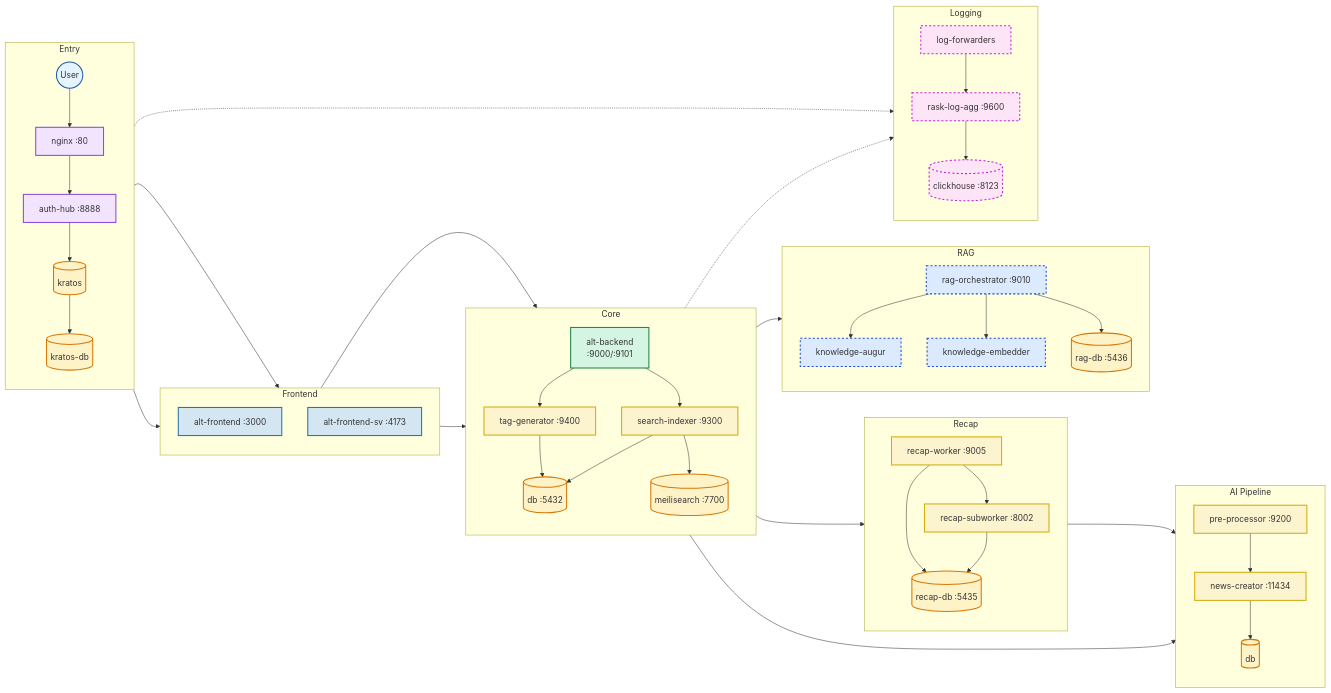
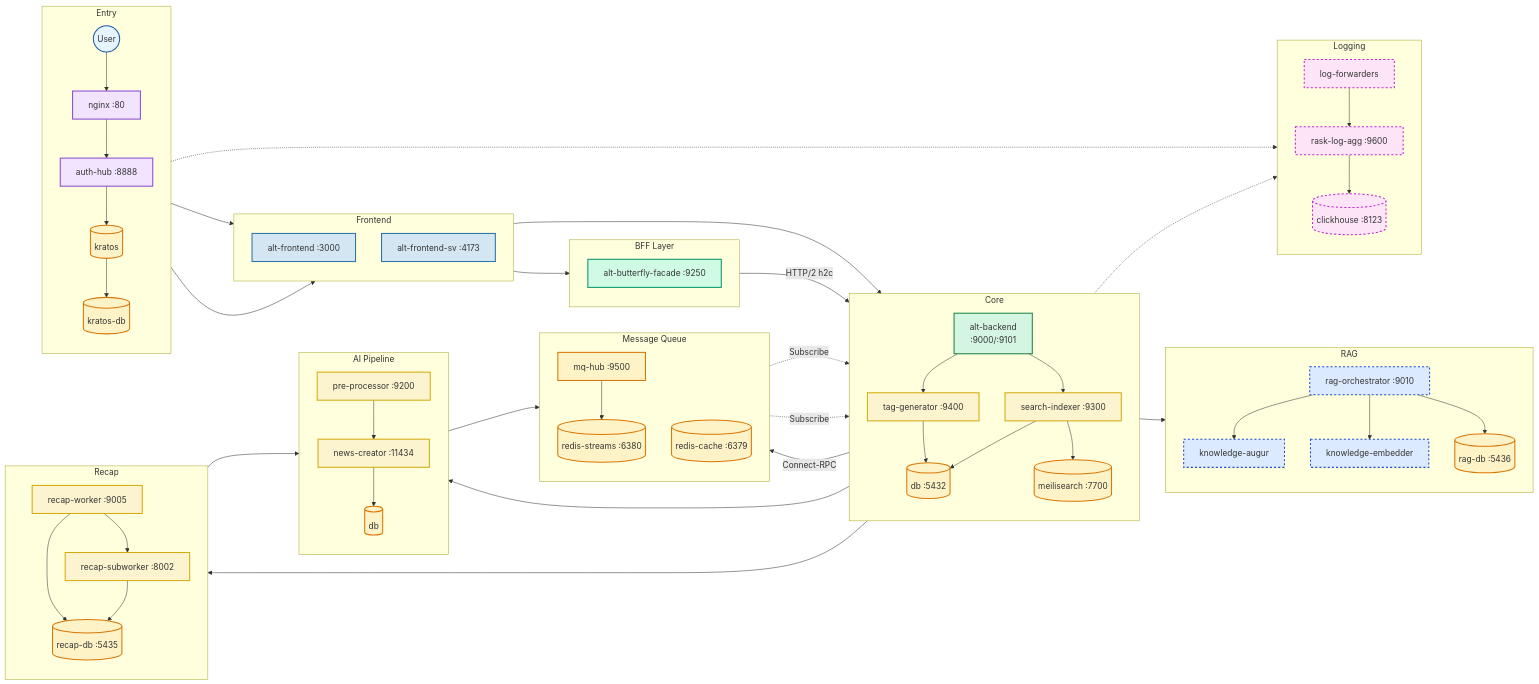
The fourth of 12 diagrams in README.md (Kaikei-e/Alt), drawn with Mermaid before and after one commit. The commit also changed other lines of this file and 1 other file, not shown here.

```diff
--- a/README.md
+++ b/README.md
@@ -263,7 +293,9 @@
     classDef client fill:#e6f4ff,stroke:#1f5aa5,stroke-width:2px
     classDef edge fill:#f2e4ff,stroke:#8a4bd7,stroke-width:2px
     classDef fe fill:#d4e6f1,stroke:#2874a6,stroke-width:2px
+    classDef bff fill:#d1fae5,stroke:#059669,stroke-width:2px
     classDef be fill:#d5f5e3,stroke:#1e8449,stroke-width:2px
+    classDef mq fill:#fef3c7,stroke:#d97706,stroke-width:2px
     classDef wk fill:#fcf3cf,stroke:#d4ac0d,stroke-width:2px
     classDef db fill:#fef3c7,stroke:#d97706,stroke-width:2px
     classDef rag fill:#dbeafe,stroke:#1d4ed8,stroke-width:2px,stroke-dasharray:4
@@ -284,6 +316,11 @@
         F2[alt-frontend-sv :4173]:::fe
     end
 
+    subgraph BFF["BFF Layer"]
+        direction TB
+        BF[alt-butterfly-facade :9250]:::bff
+    end
+
     subgraph Core["Core"]
         direction TB
         API[alt-backend<br/>:9000/:9101]:::be
@@ -294,11 +331,19 @@
         Idx --> M[(meilisearch :7700)]:::db
     end
 
+    subgraph MQ["Message Queue"]
+        direction TB
+        MQH[mq-hub :9500]:::mq
+        MQH --> RS2[(redis-streams :6380)]:::db
+        RC[(redis-cache :6379)]:::db
+    end
+
     subgraph AI["AI Pipeline"]
         direction TB
         PP[pre-processor :9200]:::wk
         PP --> NC[news-creator :11434]:::wk
         NC --> DB2[(db)]:::db
+        NC --> RC
     end
 
     subgraph Recap["Recap"]
@@ -325,10 +370,15 @@
     end
 
     N --> F1 & F2
-    F1 & F2 --> API
+    F1 --> API
+    F2 --> BF
+    BF -->|HTTP/2 h2c| API
     API --> PP
     API --> RW
     API --> RO
+    API -->|Connect-RPC| MQH
+    RS2 -.->|Subscribe| Tag
+    RS2 -.->|Subscribe| Idx
     RW --> NC
     N -.-> LF
     API -.-> LF
```
